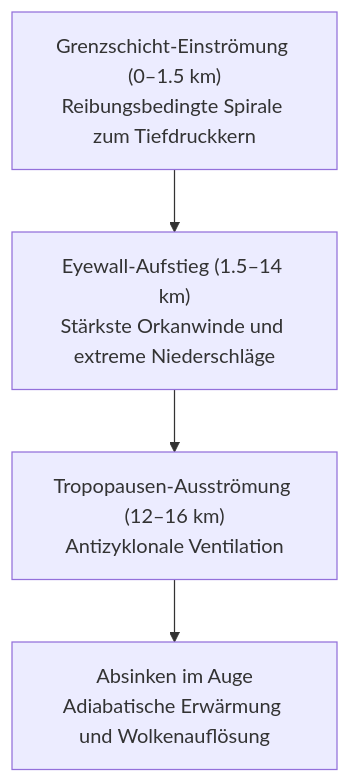
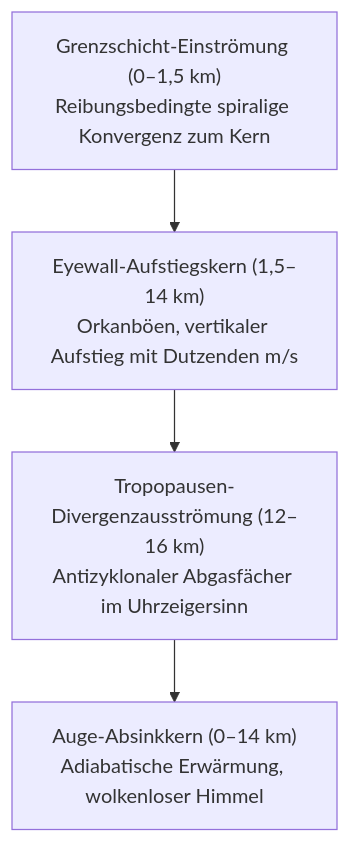
One commit to kenjinote/blog changed the second of 9 diagrams in content/post/typhoon-meteorology-mechanisms-historic-disasters-guide/index.de.md. Above: the diagram before and after it, drawn with Mermaid. The commit also changed other lines of this file and 11 other files, not shown here.

````diff
--- a/content/post/typhoon-meteorology-mechanisms-historic-disasters-guide/index.de.md
+++ b/content/post/typhoon-meteorology-mechanisms-historic-disasters-guide/index.de.md
@@ -53,6 +85,6 @@
 ```mermaid
 flowchart TD
-    IN["Grenzschicht-Einströmung (0–1.5 km)<br/>Reibungsbedingte Spirale zum Tiefdruckkern"] --> EYE["Eyewall-Aufstieg (1.5–14 km)<br/>Stärkste Orkanwinde und extreme Niederschläge"]
-    EYE --> OUT["Tropopausen-Ausströmung (12–16 km)<br/>Antizyklonale Ventilation"]
-    OUT --> SINK["Absinken im Auge<br/>Adiabatische Erwärmung und Wolkenauflösung"]
+    IN["Grenzschicht-Einströmung (0–1,5 km)<br/>Reibungsbedingte spiralige Konvergenz zum Kern"] --> EYE["Eyewall-Aufstiegskern (1,5–14 km)<br/>Orkanböen, vertikaler Aufstieg mit Dutzenden m/s"]
+    EYE --> OUT["Tropopausen-Divergenzausströmung (12–16 km)<br/>Antizyklonaler Abgasfächer im Uhrzeigersinn"]
+    OUT --> EYE_SINK["Auge-Absinkkern (0–14 km)<br/>Adiabatische Erwärmung, wolkenloser Himmel"]
 ```
````
